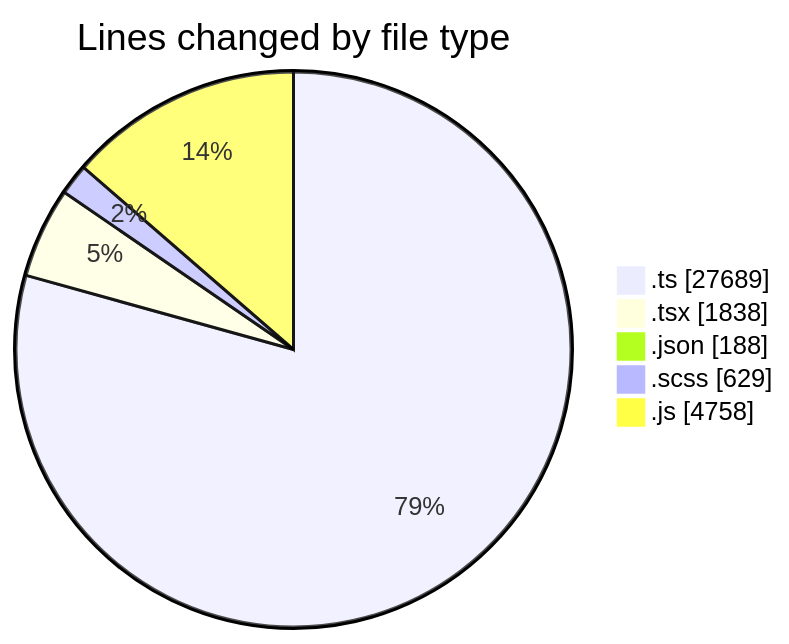
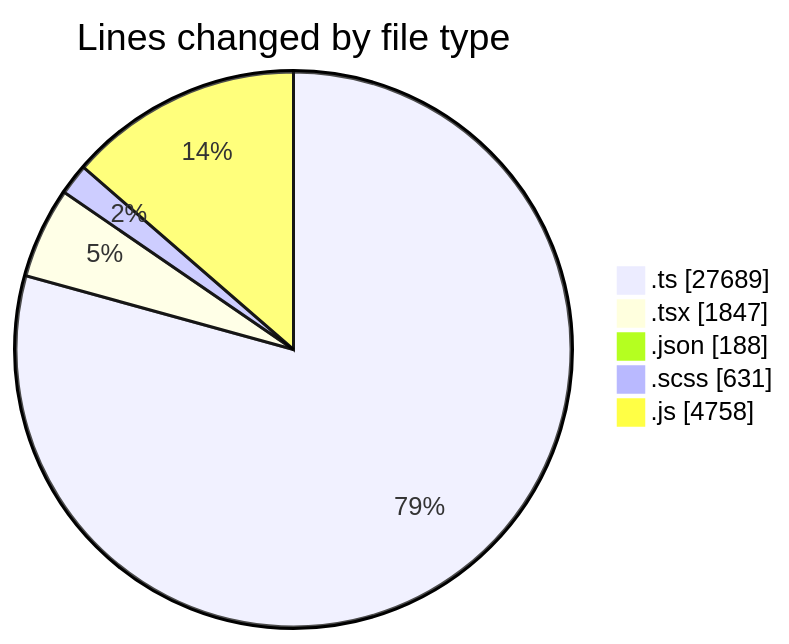
One commit to momahboobian/code-tracking changed the first of 2 diagrams in 2026-05-07/cda/README.md. Above: the diagram before and after it, drawn with Mermaid. The commit also changed other lines of this file and 1 other file, not shown here.

````diff
--- a/2026-05-07/cda/README.md
+++ b/2026-05-07/cda/README.md
@@ -46,9 +46,9 @@
 ```mermaid
 pie showData
 title Lines changed by file type
 ".ts" : 27689
-".tsx" : 1838
+".tsx" : 1847
 ".json" : 188
-".scss" : 629
+".scss" : 631
 ".js" : 4758
 ```
````
